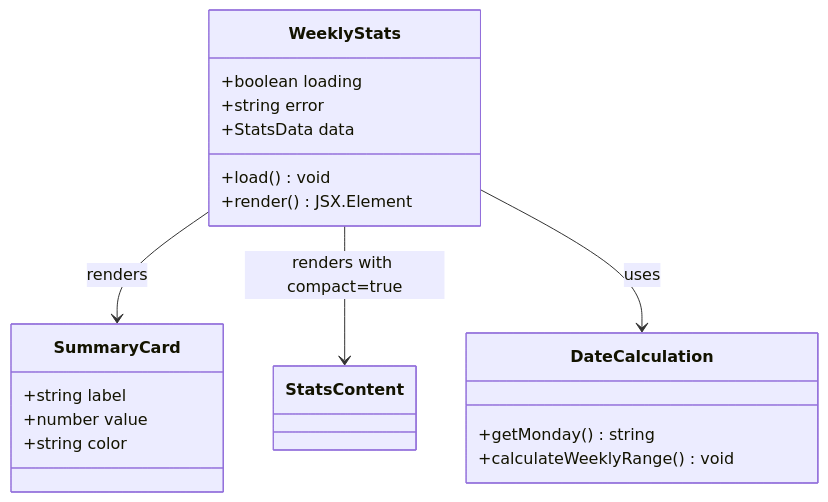
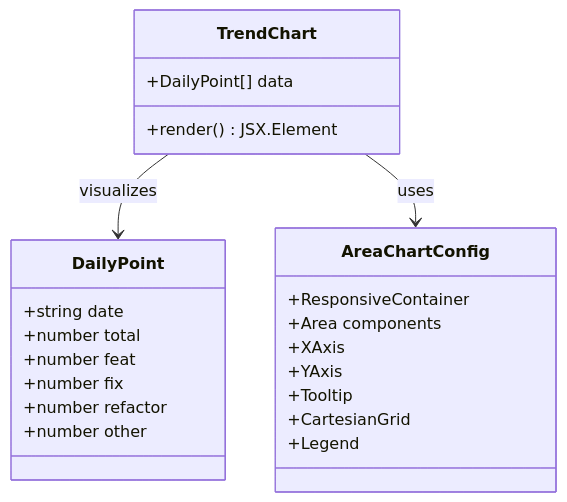
One commit to jrj444/git-daily changed the fifth of 9 diagrams in .qoder/repowiki/en/content/Frontend Components/Commit Statistics Dashboard.md. Above: the diagram before and after it, drawn with Mermaid. The commit also changed other lines of this file and 16 other files, not shown here.

````diff
--- a/.qoder/repowiki/en/content/Frontend Components/Commit Statistics Dashboard.md
+++ b/.qoder/repowiki/en/content/Frontend Components/Commit Statistics Dashboard.md
@@ -299,22 +343,26 @@
 ```mermaid
 classDiagram
-class WeeklyStats {
-+boolean loading
-+string error
-+StatsData data
-+load() void
+class TrendChart {
++DailyPoint[] data
 +render() JSX.Element
 }
-class SummaryCard {
-+string label
-+number value
-+string color
+class DailyPoint {
++string date
++number total
++number feat
++number fix
++number refactor
++number other
 }
-class DateCalculation {
-+getMonday() string
-+calculateWeeklyRange() void
+class AreaChartConfig {
++ResponsiveContainer
++Area components
++XAxis
++YAxis
++Tooltip
++CartesianGrid
++Legend
 }
-WeeklyStats --> SummaryCard : renders
-WeeklyStats --> StatsContent : renders with compact=true
-WeeklyStats --> DateCalculation : uses
+TrendChart --> DailyPoint : visualizes
+TrendChart --> AreaChartConfig : uses
 ```
````
